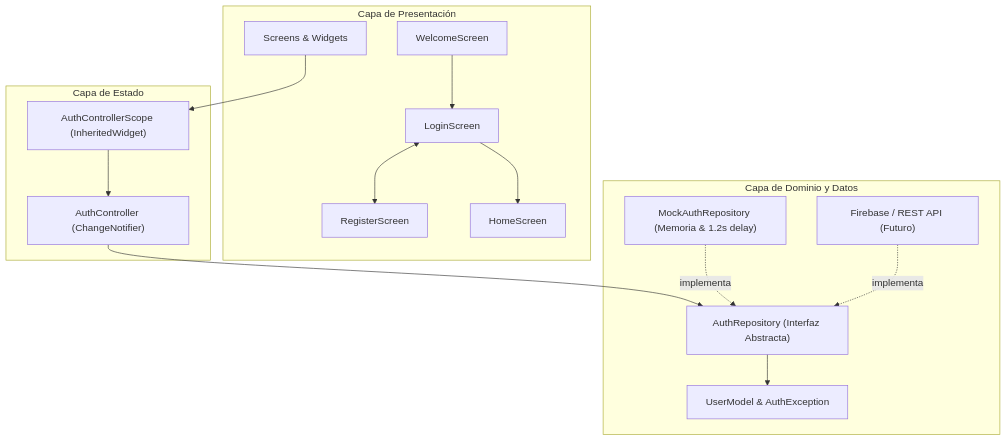
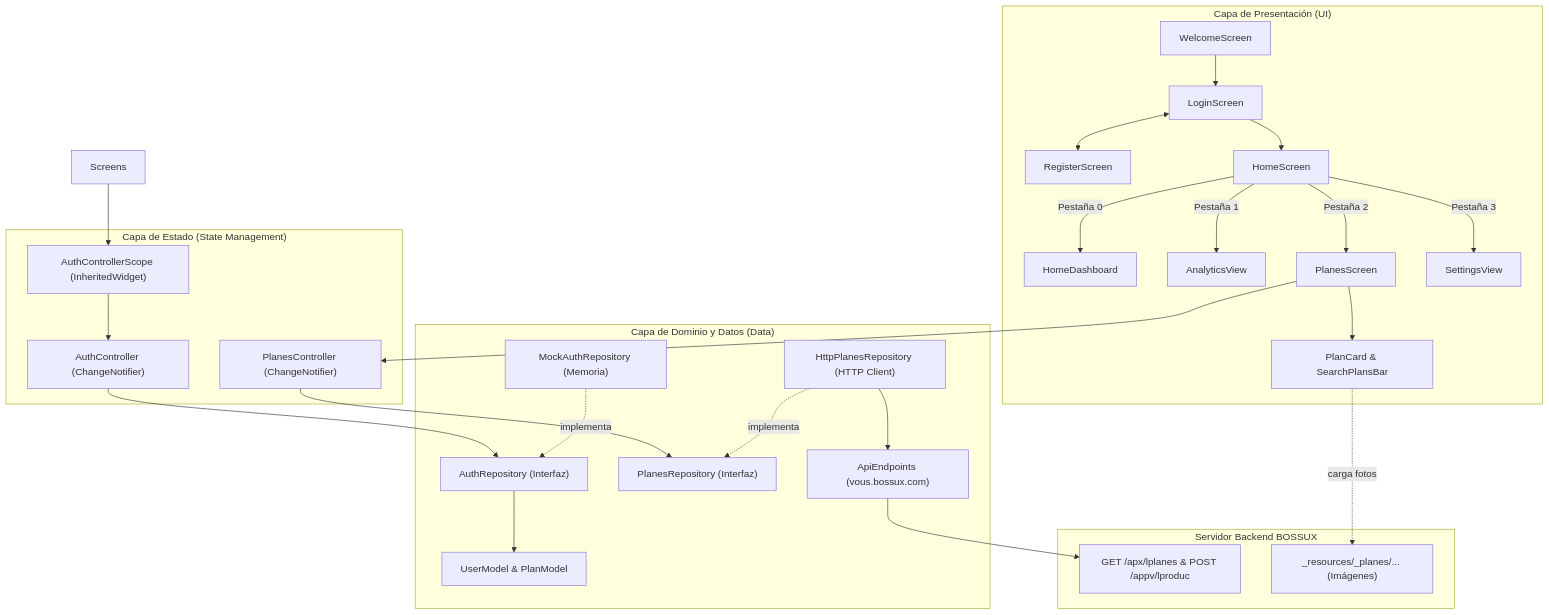
Before and after one commit to Victor30700/LoginFlutter: the diagram in structure.md, drawn with Mermaid. The commit also changed other lines of this file, not shown here.

Commit message:
docs(structure): documentar modulo de planes, endpoints y flujo de datos de epica 8

````diff
--- a/structure.md
+++ b/structure.md
@@ -163,28 +181,46 @@
 ```mermaid
 flowchart TD
-    subgraph UI ["Capa de Presentación"]
+    subgraph UI ["Capa de Presentación (UI)"]
         W["WelcomeScreen"] --> L["LoginScreen"]
         L <--> R["RegisterScreen"]
         L --> H["HomeScreen"]
-        Screens["Screens & Widgets"]
+        H -->|Pestaña 0| HD["HomeDashboard"]
+        H -->|Pestaña 1| AV["AnalyticsView"]
+        H -->|Pestaña 2| PS["PlanesScreen"]
+        H -->|Pestaña 3| SV["SettingsView"]
+        PS --> PC["PlanCard & SearchPlansBar"]
     end
 
-    subgraph State ["Capa de Estado"]
+    subgraph State ["Capa de Estado (State Management)"]
         Scope["AuthControllerScope (InheritedWidget)"]
-        Controller["AuthController (ChangeNotifier)"]
+        AuthController["AuthController (ChangeNotifier)"]
+        PlanesController["PlanesController (ChangeNotifier)"]
     end
 
-    subgraph DomainData ["Capa de Dominio y Datos"]
-        Contract["AuthRepository (Interfaz Abstracta)"]
-        Mock["MockAuthRepository (Memoria & 1.2s delay)"]
-        FutureBackend["Firebase / REST API (Futuro)"]
-        Models["UserModel & AuthException"]
+    subgraph DomainData ["Capa de Dominio y Datos (Data)"]
+        AuthContract["AuthRepository (Interfaz)"]
+        PlanesContract["PlanesRepository (Interfaz)"]
+        MockAuth["MockAuthRepository (Memoria)"]
+        HttpPlanes["HttpPlanesRepository (HTTP Client)"]
+        Models["UserModel & PlanModel"]
+        ApiEndpoints["ApiEndpoints (vous.bossux.com)"]
+    end
+
+    subgraph Backend ["Servidor Backend BOSSUX"]
+        LiveAPI["GET /apx/lplanes & POST /appv/lproduc"]
+        CDN["_resources/_planes/... (Imágenes)"]
     end
 
     Screens --> Scope
-    Scope --> Controller
-    Controller --> Contract
-    Mock -. implementa .-> Contract
-    FutureBackend -. implementa .-> Contract
-    Contract --> Models
+    Scope --> AuthController
+    AuthController --> AuthContract
+    MockAuth -. implementa .-> AuthContract
+    AuthContract --> Models
+
+    PS --> PlanesController
+    PlanesController --> PlanesContract
+    HttpPlanes -. implementa .-> PlanesContract
+    HttpPlanes --> ApiEndpoints
+    ApiEndpoints --> LiveAPI
+    PC -. carga fotos .-> CDN
 ```
````
